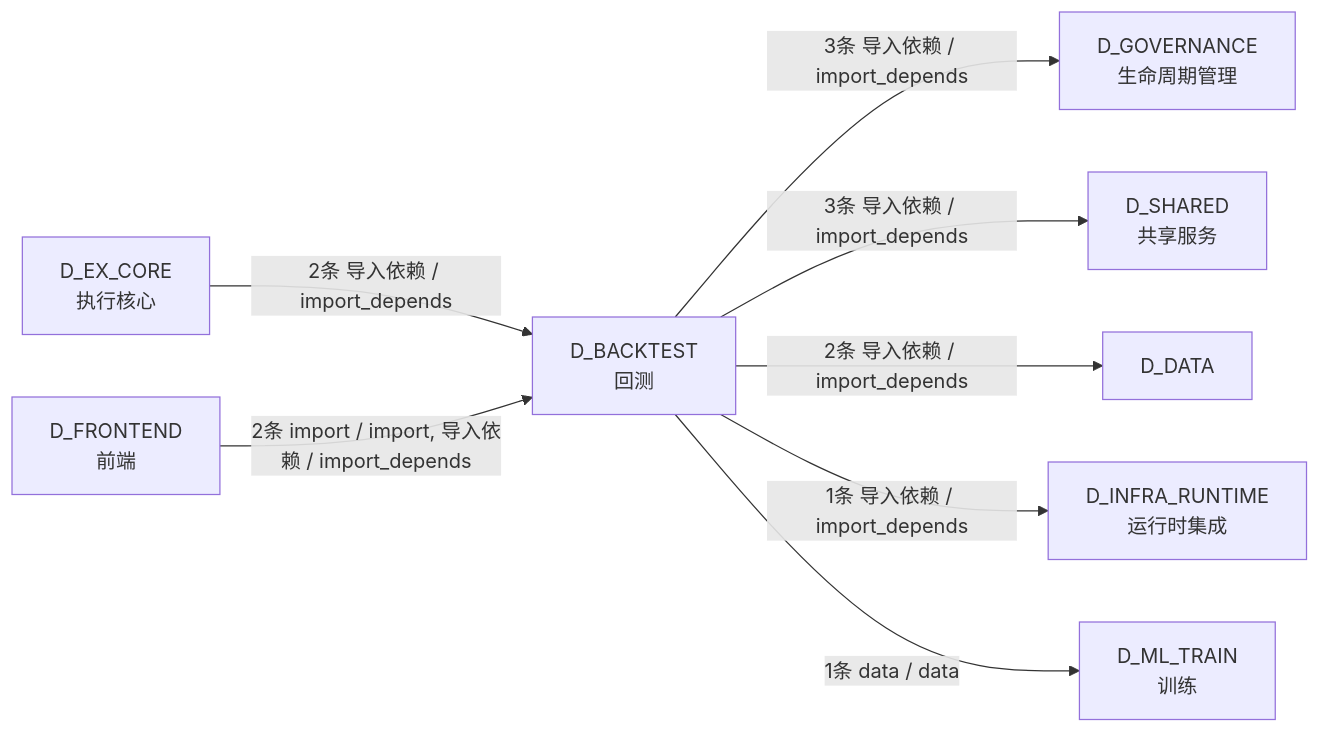
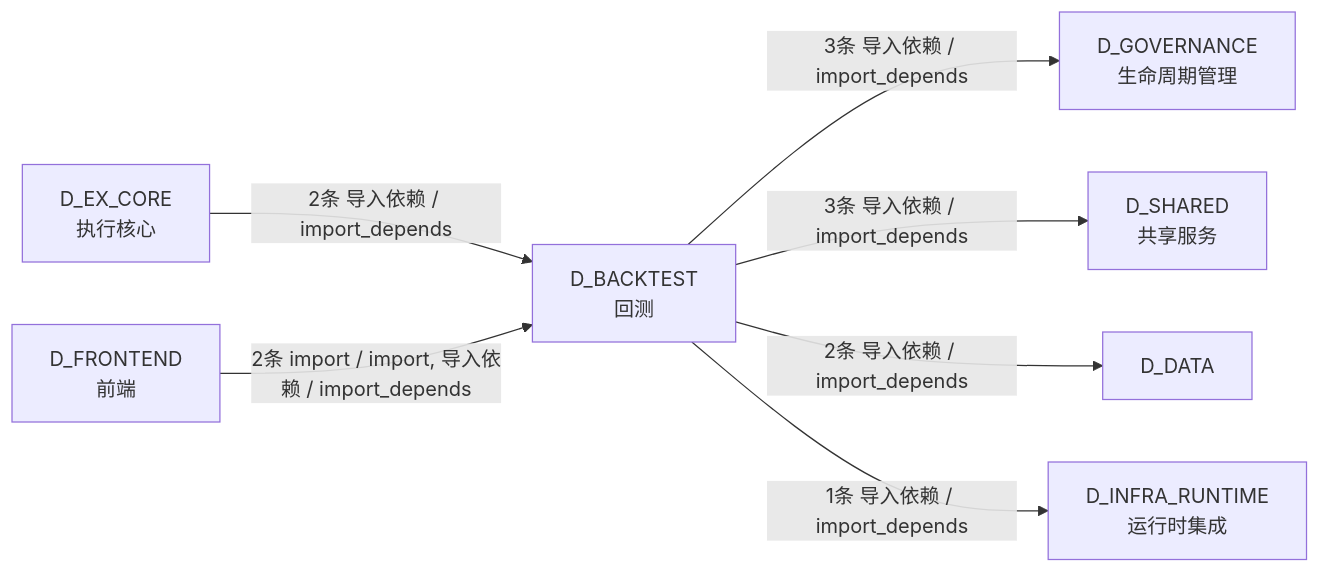
Before and after one commit to xuanFelixVan/ZephyrAlpha: the fifth of 5 diagrams in docs/02_enterprise_architecture/02_domain_architecture_docs/30_d_backtest.md, drawn with Mermaid. The commit also changed other lines of this file and 101 other files, not shown here.

````diff
--- a/docs/02_enterprise_architecture/02_domain_architecture_docs/30_d_backtest.md
+++ b/docs/02_enterprise_architecture/02_domain_architecture_docs/30_d_backtest.md
@@ -326,18 +321,16 @@
 ```mermaid
 graph LR
     D_BACKTEST["D_BACKTEST<br/>回测"]
     D_GOVERNANCE["D_GOVERNANCE<br/>生命周期管理"]
     D_SHARED["D_SHARED<br/>共享服务"]
     D_DATA["D_DATA"]
     D_INFRA_RUNTIME["D_INFRA_RUNTIME<br/>运行时集成"]
-    D_ML_TRAIN["D_ML_TRAIN<br/>训练"]
     D_EX_CORE["D_EX_CORE<br/>执行核心"]
     D_FRONTEND["D_FRONTEND<br/>前端"]
     D_BACKTEST -->|3条 导入依赖 / import_depends| D_GOVERNANCE
     D_BACKTEST -->|3条 导入依赖 / import_depends| D_SHARED
     D_BACKTEST -->|2条 导入依赖 / import_depends| D_DATA
     D_BACKTEST -->|1条 导入依赖 / import_depends| D_INFRA_RUNTIME
-    D_BACKTEST -->|1条 data / data| D_ML_TRAIN
     D_EX_CORE -->|2条 导入依赖 / import_depends| D_BACKTEST
     D_FRONTEND -->|2条 import / import, 导入依赖 / import_depends| D_BACKTEST
 ```
````
